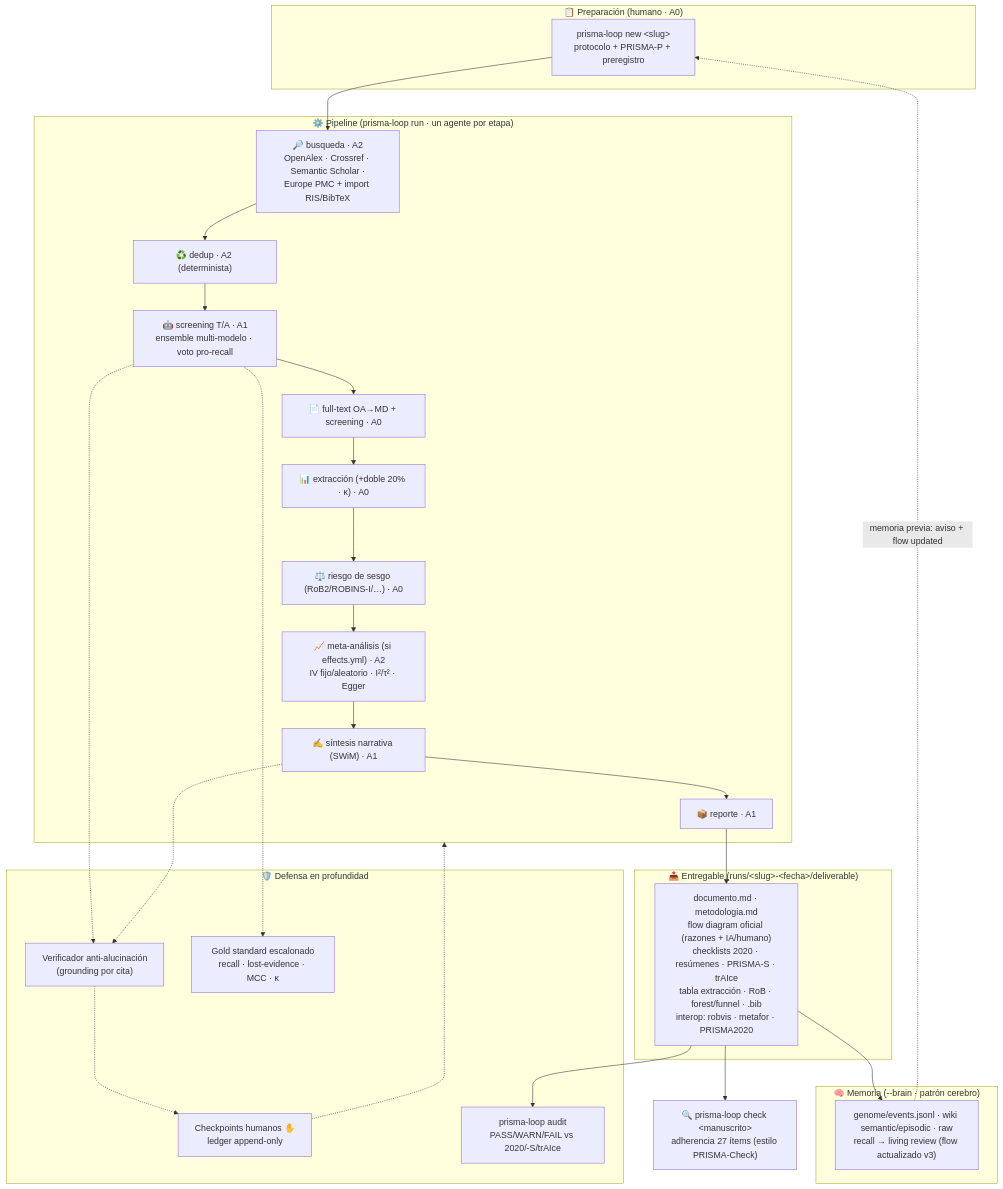
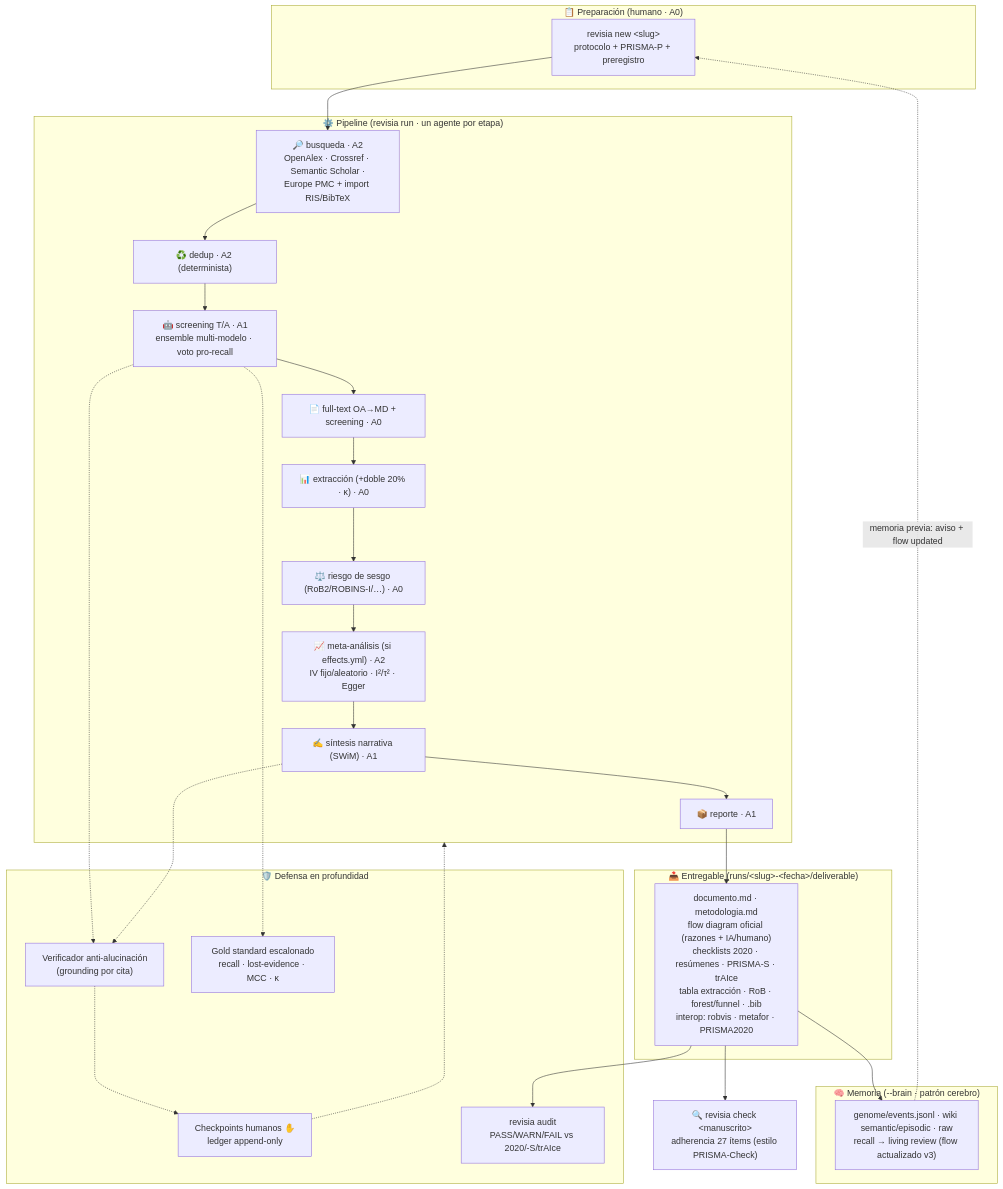
The diagram in docs/arquitectura.md (jhonmosquerav/revisia), drawn with Mermaid before and after one commit. The commit also changed other lines of this file and 174 other files, not shown here.

````diff
--- a/docs/arquitectura.md
+++ b/docs/arquitectura.md
@@ -9,46 +9,46 @@
 ```mermaid
 flowchart TB
     subgraph PREP["📋 Preparación (humano · A0)"]
-        NEW["prisma-loop new &lt;slug&gt;<br/>protocolo + PRISMA-P + preregistro"]
+        NEW["revisia new &lt;slug&gt;<br/>protocolo + PRISMA-P + preregistro"]
     end
 
-    subgraph PIPE["⚙️ Pipeline (prisma-loop run · un agente por etapa)"]
+    subgraph PIPE["⚙️ Pipeline (revisia run · un agente por etapa)"]
         BUS["🔎 busqueda · A2<br/>OpenAlex · Crossref · Semantic Scholar ·<br/>Europe PMC + import RIS/BibTeX"]
         DED["♻️ dedup · A2 (determinista)"]
         SCR["🤖 screening T/A · A1<br/>ensemble multi-modelo · voto pro-recall"]
         FT["📄 full-text OA→MD + screening · A0"]
         EXT["📊 extracción (+doble 20% · κ) · A0"]
         ROB["⚖️ riesgo de sesgo (RoB2/ROBINS-I/…) · A0"]
         MA["📈 meta-análisis (si effects.yml) · A2<br/>IV fijo/aleatorio · I²/τ² · Egger"]
         SIN["✍️ síntesis narrativa (SWiM) · A1"]
         REP["📦 reporte · A1"]
     end
 
     subgraph GUARD["🛡️ Defensa en profundidad"]
         VER["Verificador anti-alucinación<br/>(grounding por cita)"]
         HITL["Checkpoints humanos ✋<br/>ledger append-only"]
         GOLD["Gold standard escalonado<br/>recall · lost-evidence · MCC · κ"]
-        AUD["prisma-loop audit<br/>PASS/WARN/FAIL vs 2020/-S/trAIce"]
+        AUD["revisia audit<br/>PASS/WARN/FAIL vs 2020/-S/trAIce"]
     end
 
     subgraph OUT["📤 Entregable (runs/&lt;slug&gt;-&lt;fecha&gt;/deliverable)"]
         DEL["documento.md · metodologia.md<br/>flow diagram oficial (razones + IA/humano)<br/>checklists 2020 · resúmenes · PRISMA-S · trAIce<br/>tabla extracción · RoB · forest/funnel · .bib<br/>interop: robvis · metafor · PRISMA2020"]
     end
 
     subgraph MEM["🧠 Memoria (--brain · patrón cerebro)"]
         BRAIN["genome/events.jsonl · wiki semantic/episodic · raw<br/>recall → living review (flow actualizado v3)"]
     end
 
-    CHECK["🔍 prisma-loop check &lt;manuscrito&gt;<br/>adherencia 27 ítems (estilo PRISMA-Check)"]
+    CHECK["🔍 revisia check &lt;manuscrito&gt;<br/>adherencia 27 ítems (estilo PRISMA-Check)"]
 
     NEW --> BUS --> DED --> SCR --> FT --> EXT --> ROB --> MA --> SIN --> REP --> DEL
     SCR -.-> VER
     SIN -.-> VER
     VER -.-> HITL
     SCR -.-> GOLD
     HITL -.-> PIPE
     DEL --> AUD
     DEL --> BRAIN
     BRAIN -. memoria previa: aviso + flow updated .-> NEW
     DEL --> CHECK
 ```
````
